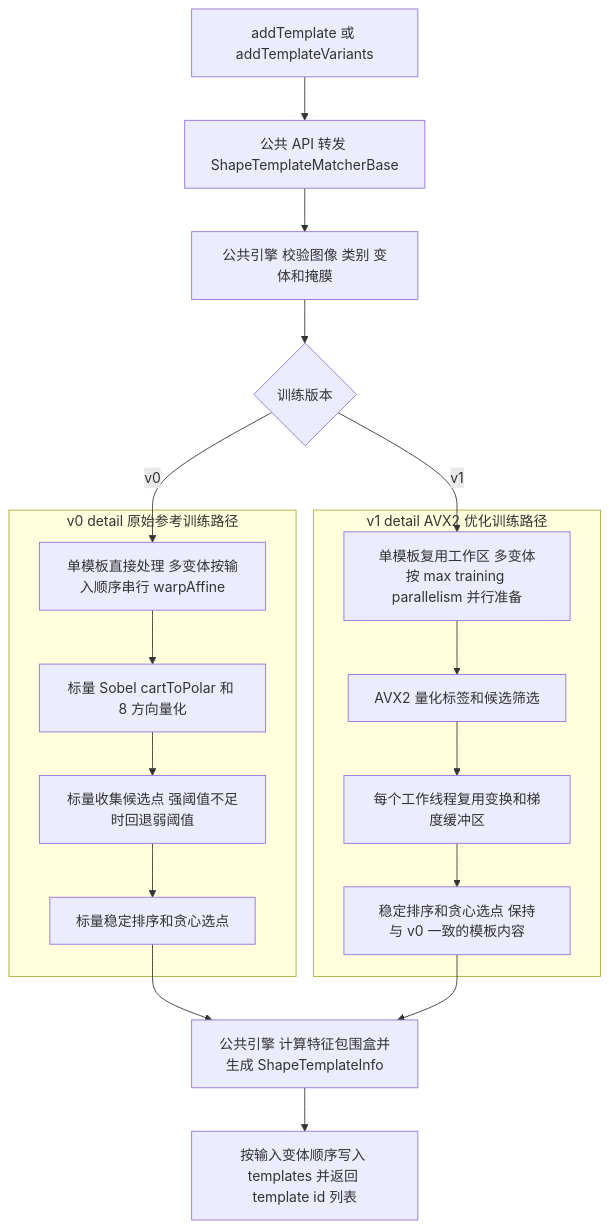
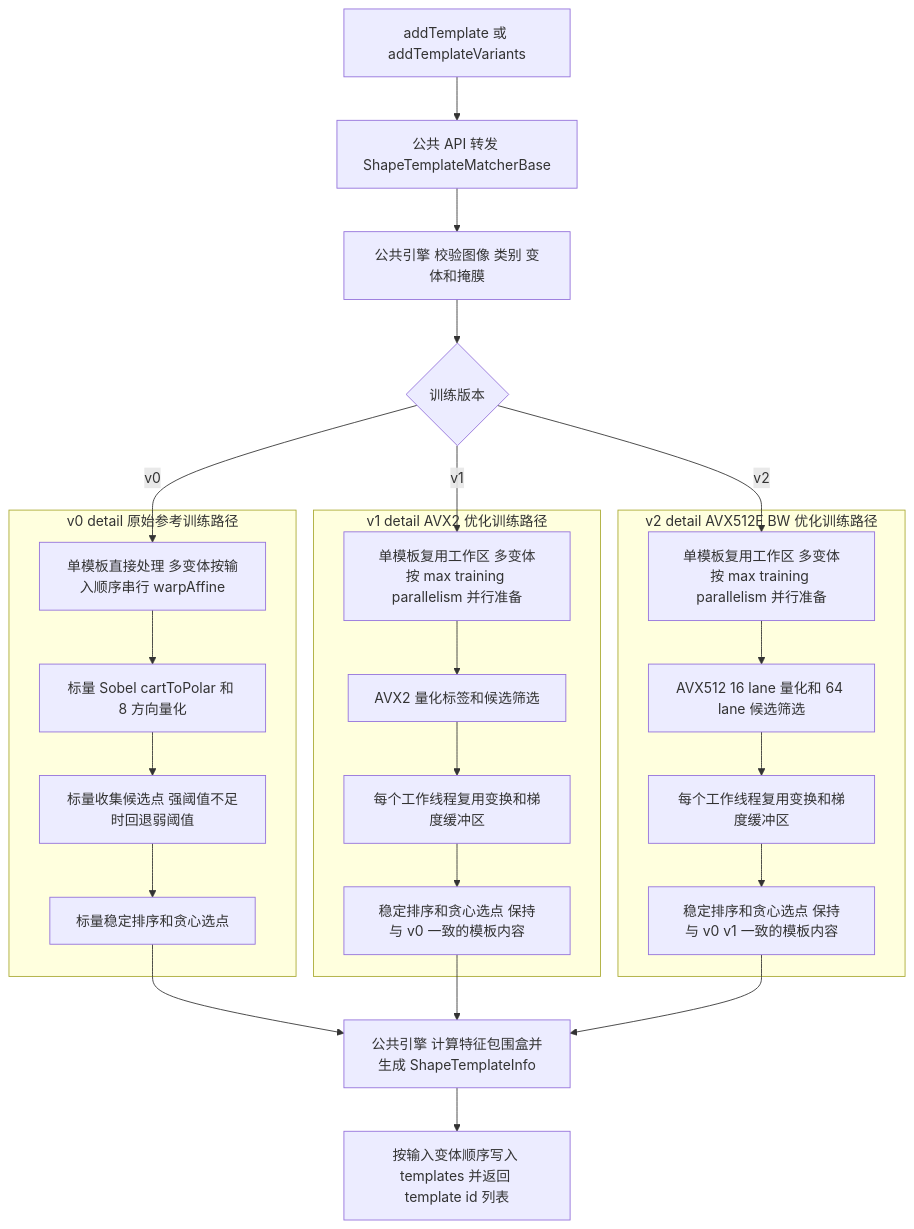
Before and after one commit to QWERDF007/InferRT: the first of 2 diagrams in src/features/ShapeTemplateMatchingFlow.md, drawn with Mermaid. The commit also changed other lines of this file and 16 other files, not shown here.

````diff
--- a/src/features/ShapeTemplateMatchingFlow.md
+++ b/src/features/ShapeTemplateMatchingFlow.md
@@ -93,38 +95,50 @@
 ```mermaid
 graph TB
     TrainStart["addTemplate 或 addTemplateVariants"];
     TrainApi["公共 API 转发 ShapeTemplateMatcherBase"];
     TrainEngine["公共引擎 校验图像 类别 变体和掩膜"];
     TrainVersion{"训练版本"};
     TrainStart --> TrainApi;
     TrainApi --> TrainEngine;
     TrainEngine --> TrainVersion;
 
     subgraph V0Train["v0 detail 原始参考训练路径"]
         V0Transform["单模板直接处理 多变体按输入顺序串行 warpAffine"];
         V0Gradient["标量 Sobel cartToPolar 和 8 方向量化"];
         V0Candidates["标量收集候选点 强阈值不足时回退弱阈值"];
         V0Select["标量稳定排序和贪心选点"];
         V0Transform --> V0Gradient;
         V0Gradient --> V0Candidates;
         V0Candidates --> V0Select;
     end
 
     subgraph V1Train["v1 detail AVX2 优化训练路径"]
         V1Workspace["单模板复用工作区 多变体按 max training parallelism 并行准备"];
         V1Candidates["AVX2 量化标签和候选筛选"];
         V1Buffers["每个工作线程复用变换和梯度缓冲区"];
         V1Select["稳定排序和贪心选点 保持与 v0 一致的模板内容"];
         V1Workspace --> V1Candidates;
         V1Candidates --> V1Buffers;
         V1Buffers --> V1Select;
     end
 
+    subgraph V2Train["v2 detail AVX512F BW 优化训练路径"]
+        V2Workspace["单模板复用工作区 多变体按 max training parallelism 并行准备"];
+        V2Candidates["AVX512 16 lane 量化和 64 lane 候选筛选"];
+        V2Buffers["每个工作线程复用变换和梯度缓冲区"];
+        V2Select["稳定排序和贪心选点 保持与 v0 v1 一致的模板内容"];
+        V2Workspace --> V2Candidates;
+        V2Candidates --> V2Buffers;
+        V2Buffers --> V2Select;
+    end
+
     TrainVersion -->|v0| V0Transform;
     TrainVersion -->|v1| V1Workspace;
+    TrainVersion -->|v2| V2Workspace;
     TrainInfo["公共引擎 计算特征包围盒并生成 ShapeTemplateInfo"];
     TrainStore["按输入变体顺序写入 templates 并返回 template id 列表"];
     V0Select --> TrainInfo;
     V1Select --> TrainInfo;
+    V2Select --> TrainInfo;
     TrainInfo --> TrainStore;
 ```
````
